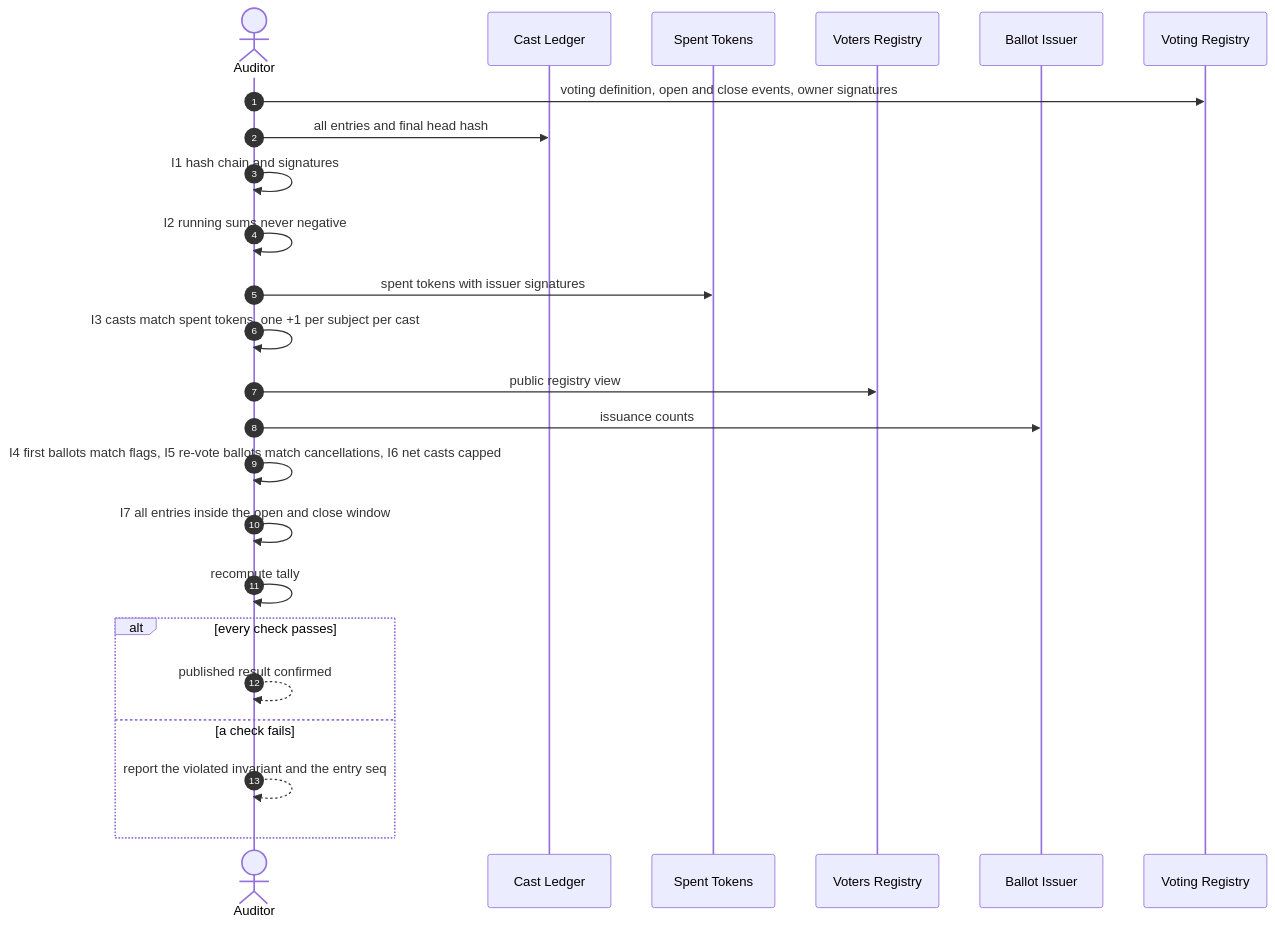
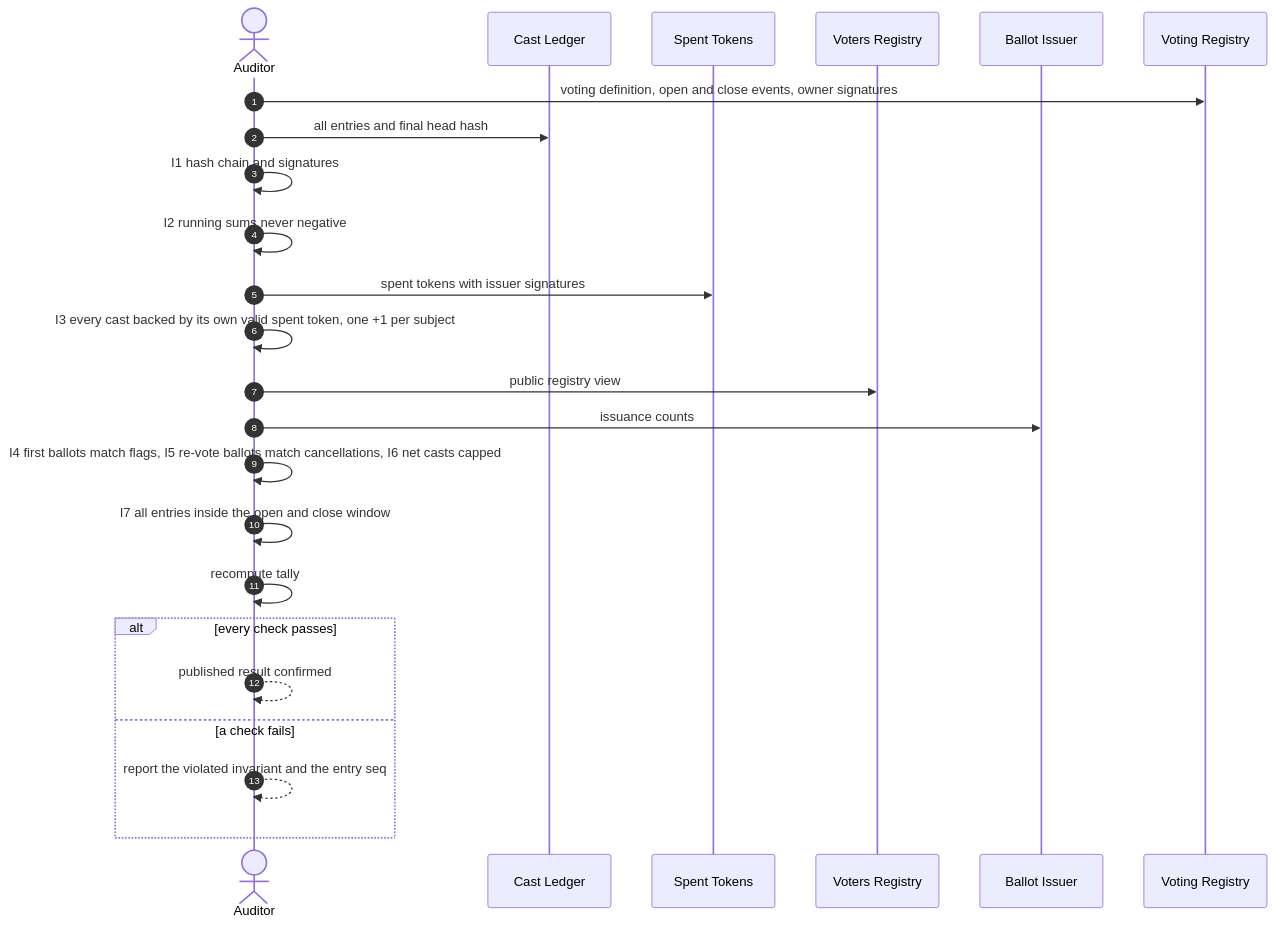
One commit to s4ysolutions/e-voting-machine changed the sixth of 8 diagrams in docs/04-flows.md. Above: the diagram before and after it, drawn with Mermaid. The commit also changed other lines of this file and 8 other files, not shown here.

````diff
--- a/docs/04-flows.md
+++ b/docs/04-flows.md
@@ -152,27 +181,27 @@
 ```mermaid
 sequenceDiagram
     autonumber
     actor A as Auditor
     participant CL as Cast Ledger
     participant ST as Spent Tokens
     participant VoR as Voters Registry
     participant BI as Ballot Issuer
     participant VR as Voting Registry
 
     A->>VR: voting definition, open and close events, owner signatures
     A->>CL: all entries and final head hash
     A->>A: I1 hash chain and signatures
     A->>A: I2 running sums never negative
     A->>ST: spent tokens with issuer signatures
-    A->>A: I3 casts match spent tokens, one +1 per subject per cast
+    A->>A: I3 every cast backed by its own valid spent token, one +1 per subject
     A->>VoR: public registry view
     A->>BI: issuance counts
     A->>A: I4 first ballots match flags, I5 re-vote ballots match cancellations, I6 net casts capped
     A->>A: I7 all entries inside the open and close window
     A->>A: recompute tally
     alt every check passes
         A-->>A: published result confirmed
     else a check fails
         A-->>A: report the violated invariant and the entry seq
     end
 ```
````
